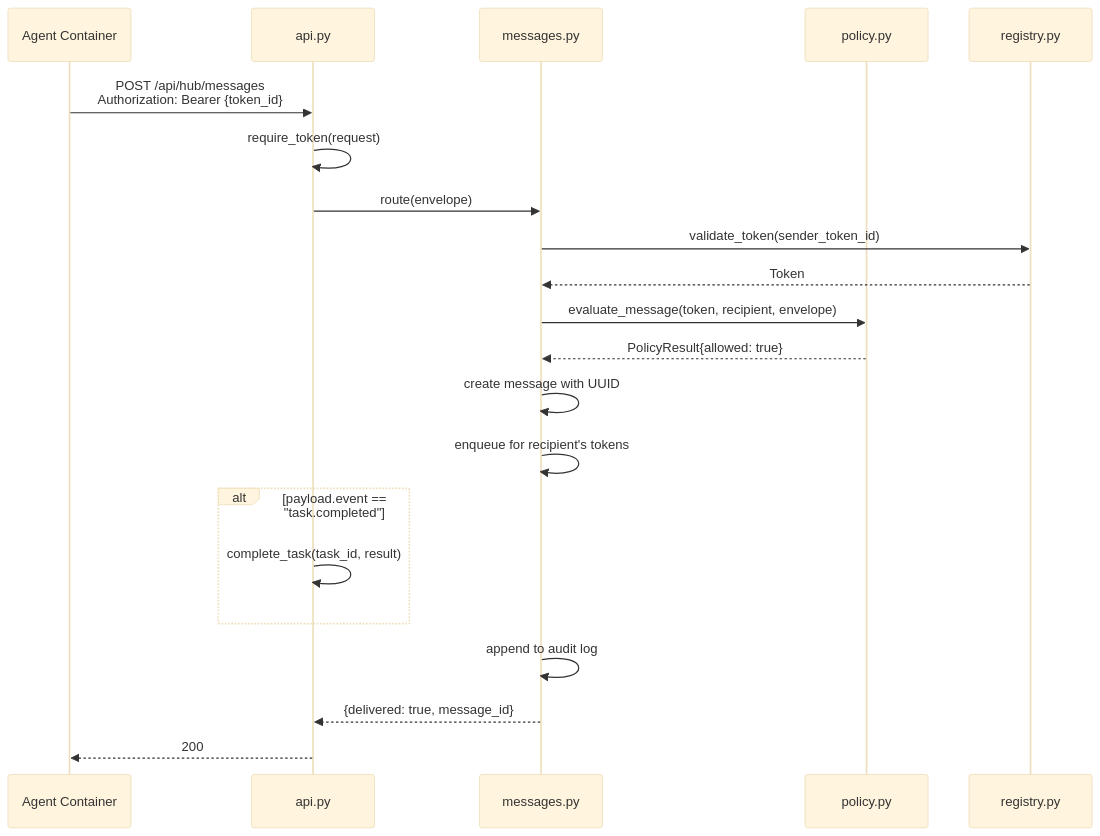
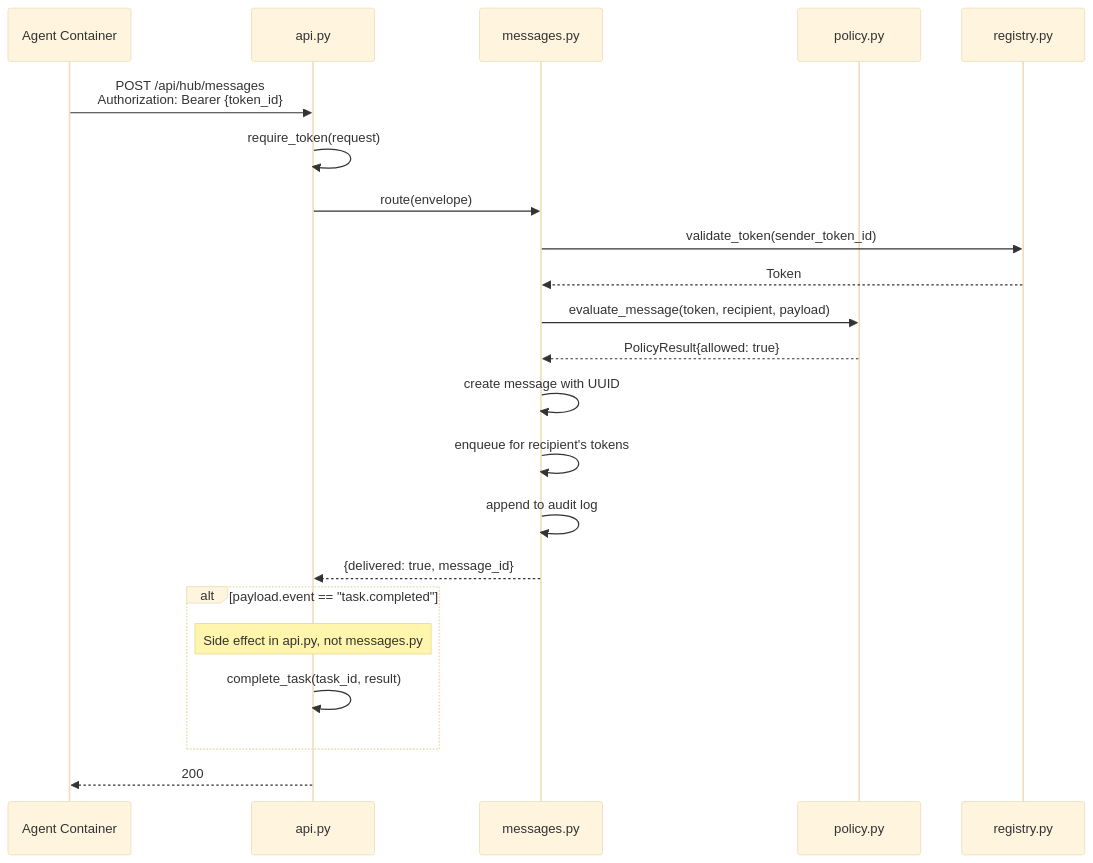
Before and after one commit to neverprepared/ink-bunny: the fourth of 5 diagrams in docs/brainbox/hub.md, drawn with Mermaid (base theme). The commit also changed other lines of this file and 4 other files, not shown here.

````diff
--- a/docs/brainbox/hub.md
+++ b/docs/brainbox/hub.md
@@ -139,29 +142,30 @@
 ```mermaid
 sequenceDiagram
     participant Agent as Agent Container
     participant API as api.py
     participant Msg as messages.py
     participant Policy as policy.py
     participant Registry as registry.py
 
     Agent->>API: POST /api/hub/messages<br/>Authorization: Bearer {token_id}
     API->>API: require_token(request)
     API->>Msg: route(envelope)
 
     Msg->>Registry: validate_token(sender_token_id)
     Registry-->>Msg: Token
 
-    Msg->>Policy: evaluate_message(token, recipient, envelope)
+    Msg->>Policy: evaluate_message(token, recipient, payload)
     Policy-->>Msg: PolicyResult{allowed: true}
 
     Msg->>Msg: create message with UUID
     Msg->>Msg: enqueue for recipient's tokens
+    Msg->>Msg: append to audit log
+    Msg-->>API: {delivered: true, message_id}
 
     alt payload.event == "task.completed"
+        Note over API: Side effect in api.py, not messages.py
         API->>API: complete_task(task_id, result)
     end
 
-    Msg->>Msg: append to audit log
-    Msg-->>API: {delivered: true, message_id}
     API-->>Agent: 200
 ```
````
